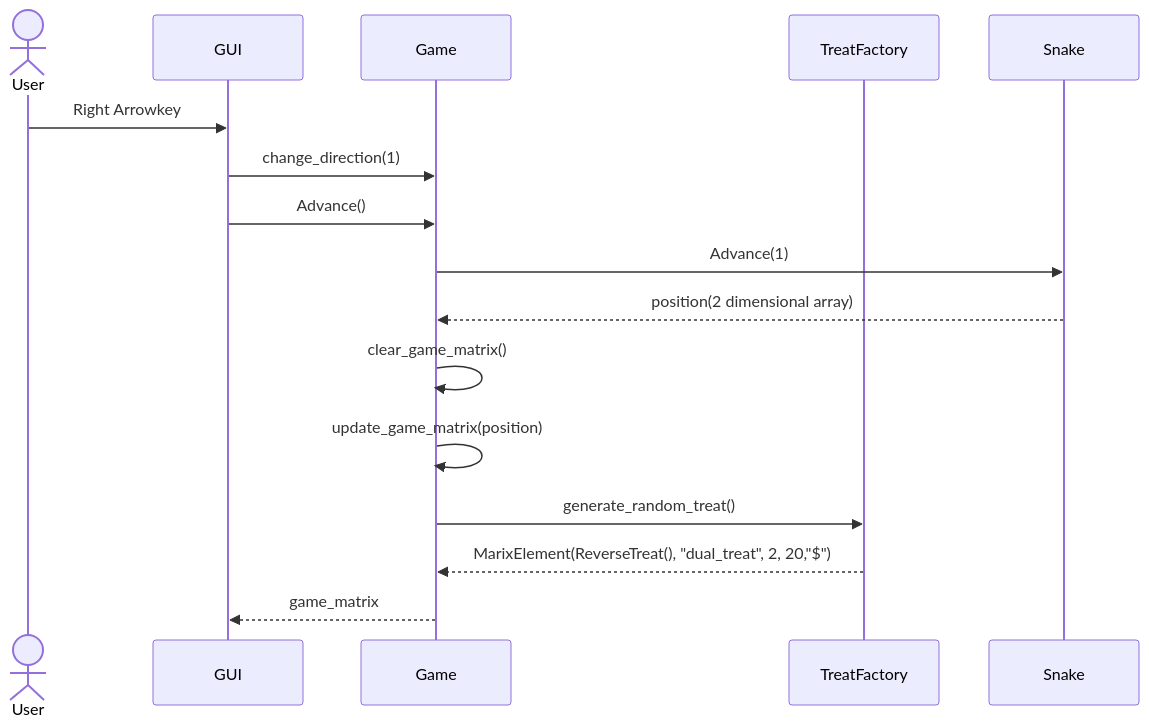
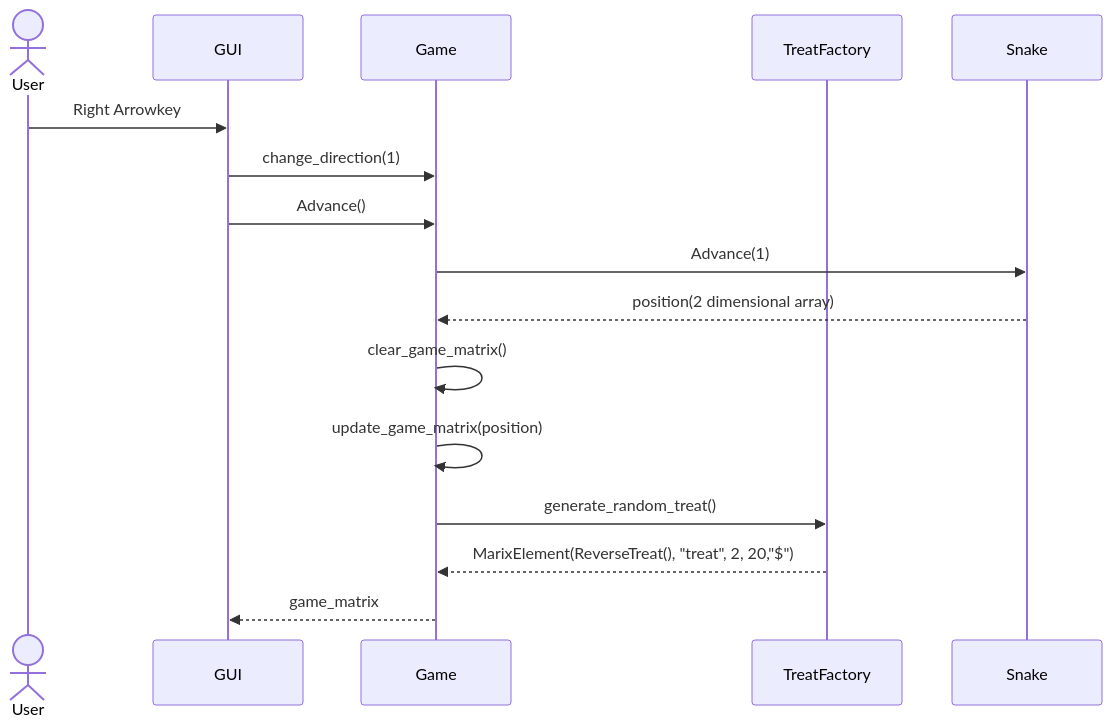
Before and after one commit to SuperTLP/ot-harjoitustyo: the first of 2 diagrams in dokumentaatio/arkkitehtuuri.md, drawn with Mermaid. The commit also changed 13 other files, not shown here.

````diff
--- a/dokumentaatio/arkkitehtuuri.md
+++ b/dokumentaatio/arkkitehtuuri.md
@@ -63,19 +63,19 @@
 ```mermaid
 sequenceDiagram
   actor User
   participant GUI
   participant Game
   participant TreatFactory
   participant Snake
   
   User->>GUI:Right Arrowkey
   GUI->>Game:change_direction(1)
   GUI->>Game:Advance()
   Game->>Snake:Advance(1)
   Snake-->>Game:position(2 dimensional array)
   Game->>Game:clear_game_matrix()
   Game->>Game:update_game_matrix(position)
   Game->>TreatFactory:generate_random_treat()
-  TreatFactory-->>Game:MarixElement(ReverseTreat(), "dual_treat", 2, 20,"$")
+  TreatFactory-->>Game:MarixElement(ReverseTreat(), "treat", 2, 20,"$")
   Game-->>GUI:game_matrix
   ```
````
